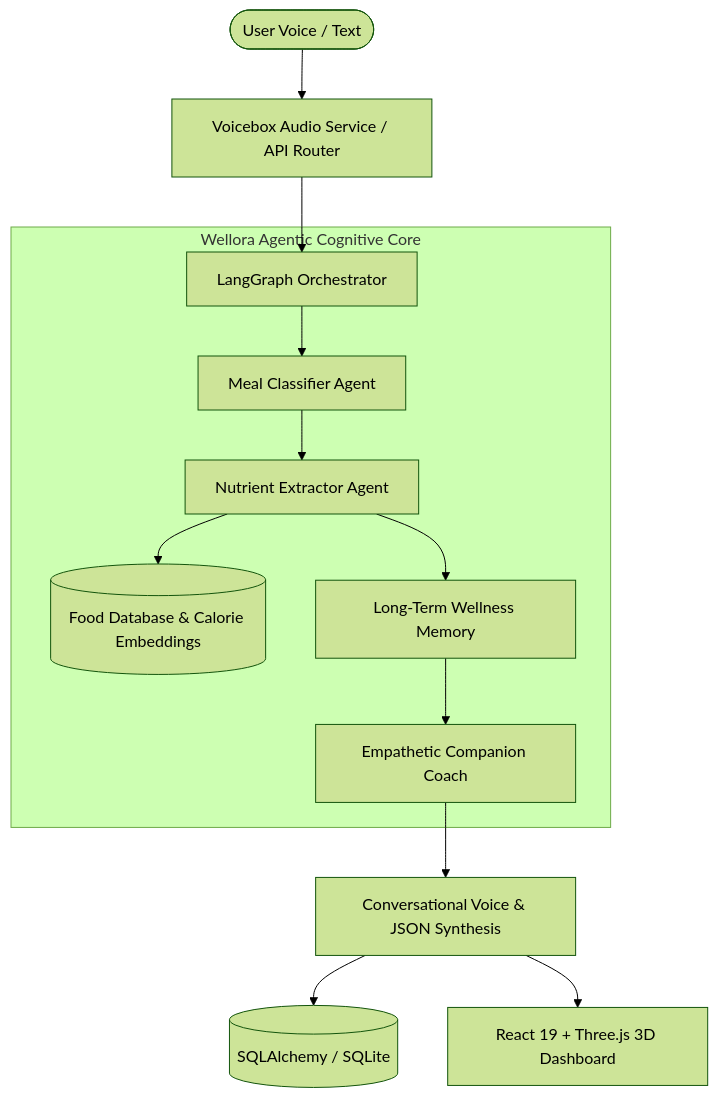
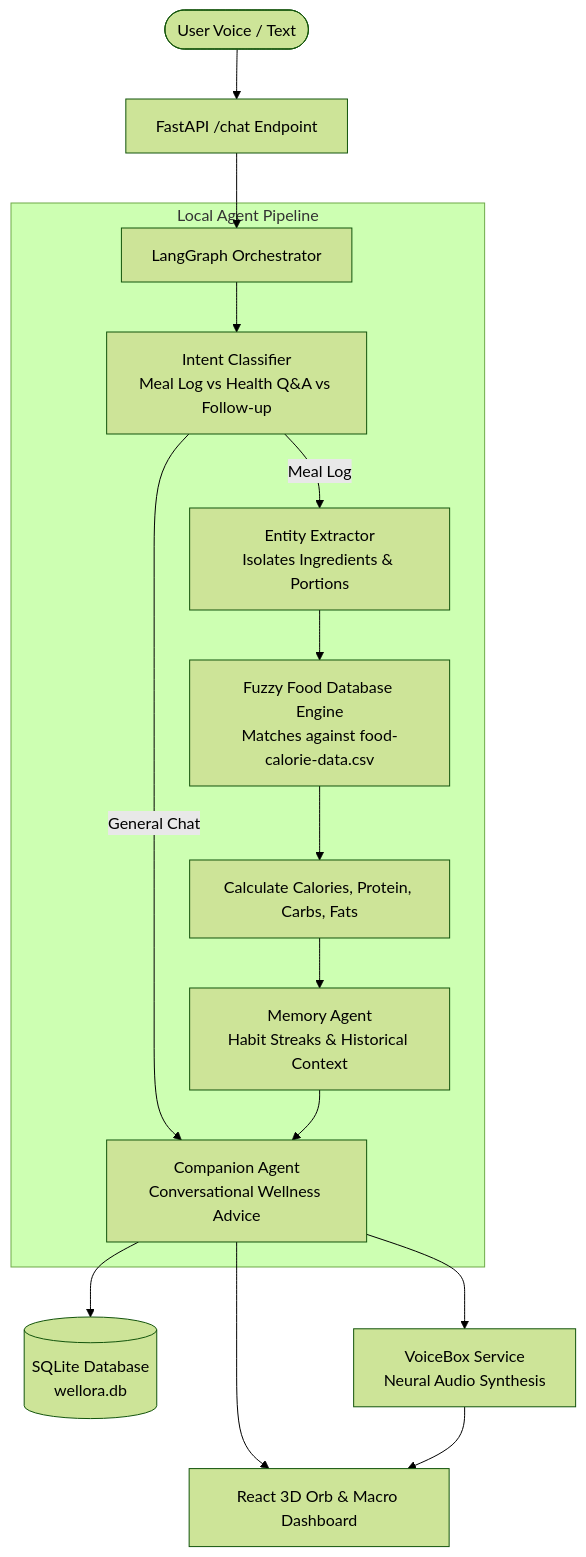
Before and after one commit to itsgoksz/wellora: the diagram in README.md, drawn with Mermaid (forest theme). The commit also changed other lines of this file and 2 other files, not shown here.

````diff
--- a/README.md
+++ b/README.md
@@ -55,17 +26,27 @@
 ```mermaid
 flowchart TD
-    User([User Voice / Text]) --> Voicebox[Voicebox Audio Service / API Router]
-    Voicebox --> Orchestrator[LangGraph Orchestrator]
-
-    subgraph MultiAgentCore [Wellora Agentic Cognitive Core]
-        Orchestrator --> Classifier[Meal Classifier Agent]
-        Classifier --> Extractor[Nutrient Extractor Agent]
-        Extractor --> FoodDB[(Food Database & Calorie Embeddings)]
-        Extractor --> Memory[Long-Term Wellness Memory]
-        Memory --> Companion[Empathetic Companion Coach]
+    User([User Voice / Text]) --> API[FastAPI /chat Endpoint]
+    API --> Orch[LangGraph Orchestrator]
+    
+    subgraph MultiAgentPipeline [Local Agent Pipeline]
+        Orch --> Classify[Intent Classifier
+Meal Log vs Health Q&A vs Follow-up]
+        Classify -->|Meal Log| Extract[Entity Extractor
+Isolates Ingredients & Portions]
+        Classify -->|General Chat| Companion[Companion Agent
+Conversational Wellness Advice]
+        
+        Extract --> FoodDB[Fuzzy Food Database Engine
+Matches against food-calorie-data.csv]
+        FoodDB --> Nutrition[Calculate Calories, Protein, Carbs, Fats]
+        Nutrition --> Memory[Memory Agent
+Habit Streaks & Historical Context]
+        Memory --> Companion
     end
 
-    Companion --> ResponseGen[Conversational Voice & JSON Synthesis]
-    ResponseGen --> DB[(SQLAlchemy / SQLite)]
-    ResponseGen --> R3F[React 19 + Three.js 3D Dashboard]
+    Companion --> DB[(SQLite Database
+wellora.db)]
+    Companion --> Voice[VoiceBox Service
+Neural Audio Synthesis]
+    Companion & Voice --> Frontend[React 3D Orb & Macro Dashboard]
 ```
````
